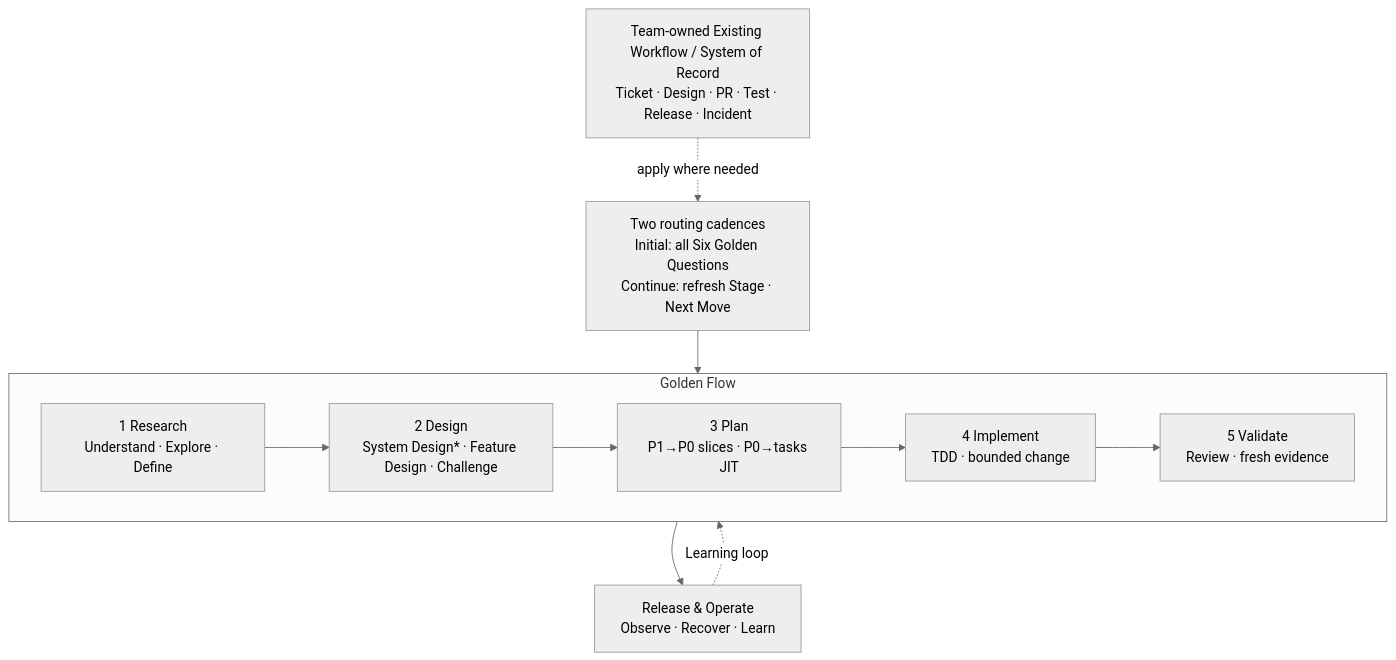
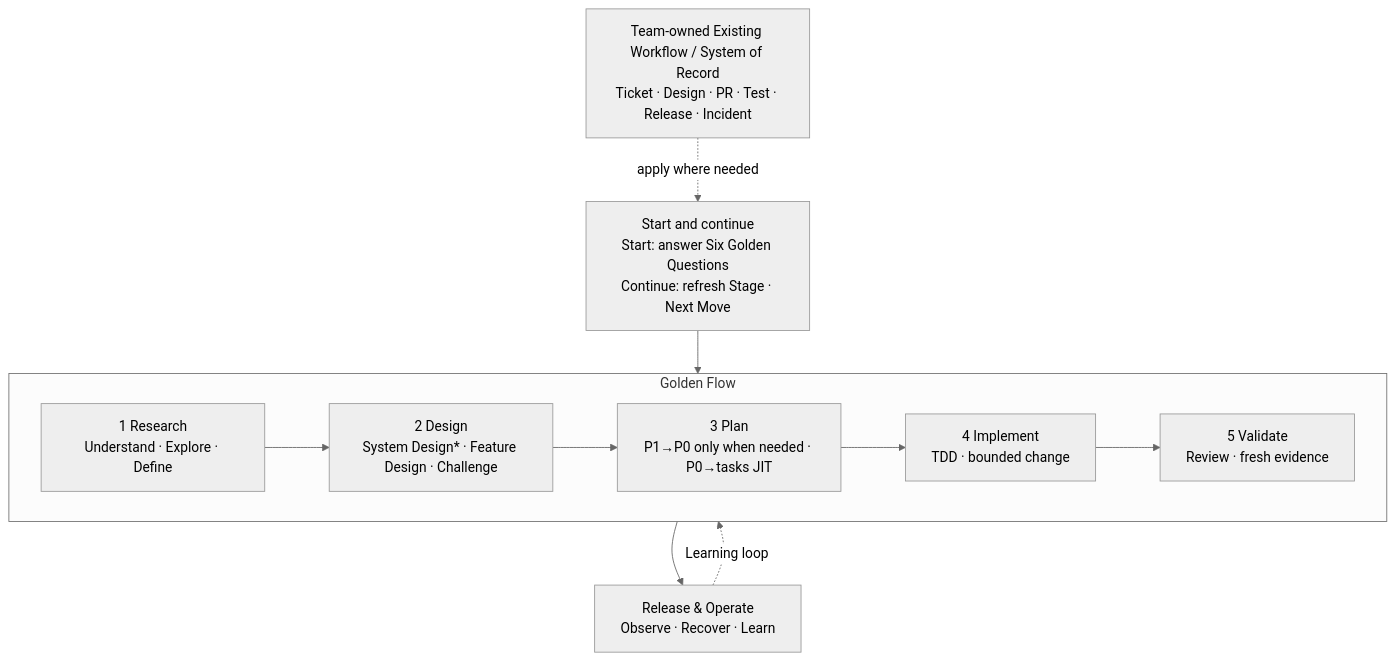
One commit to yschiang/ai_engineering changed the diagram in guides/04_Framework_Overview.md. Above: the diagram before and after it, drawn with Mermaid (neutral theme). The commit also changed other lines of this file and 8 other files, not shown here.

Commit message:
Simplify stage skill routing

````diff
--- a/guides/04_Framework_Overview.md
+++ b/guides/04_Framework_Overview.md
@@ -16,13 +16,13 @@
 ```mermaid
 flowchart TB
   W["Team-owned Existing Workflow / System of Record\nTicket · Design · PR · Test · Release · Incident"]
-  C["Two routing cadences\nInitial: all Six Golden Questions\nContinue: refresh Stage · Next Move"]
+  C["Start and continue\nStart: answer Six Golden Questions\nContinue: refresh Stage · Next Move"]
   subgraph F["Golden Flow"]
     direction LR
-    R["1 Research\nUnderstand · Explore · Define"] --> D["2 Design\nSystem Design* · Feature Design · Challenge"] --> P["3 Plan\nP1→P0 slices · P0→tasks JIT"] --> I["4 Implement\nTDD · bounded change"] --> V["5 Validate\nReview · fresh evidence"]
+    R["1 Research\nUnderstand · Explore · Define"] --> D["2 Design\nSystem Design* · Feature Design · Challenge"] --> P["3 Plan\nP1→P0 only when needed · P0→tasks JIT"] --> I["4 Implement\nTDD · bounded change"] --> V["5 Validate\nReview · fresh evidence"]
   end
   W -. "apply where needed" .-> C
   C --> R
   V --> O["Release & Operate\nObserve · Recover · Learn"]
   O -. "Learning loop" .-> R
 ```
````
